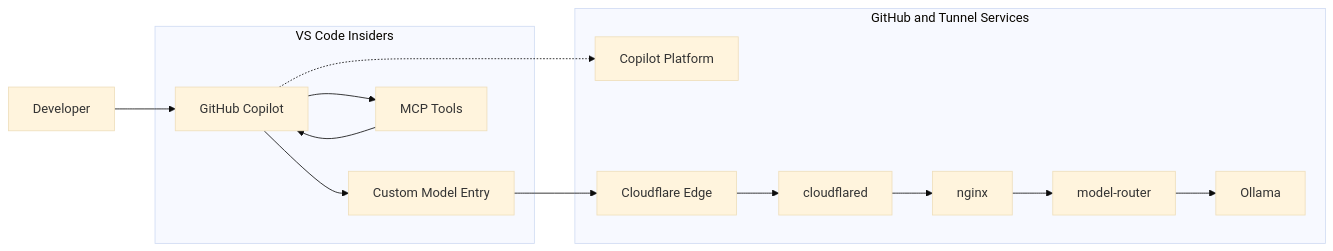
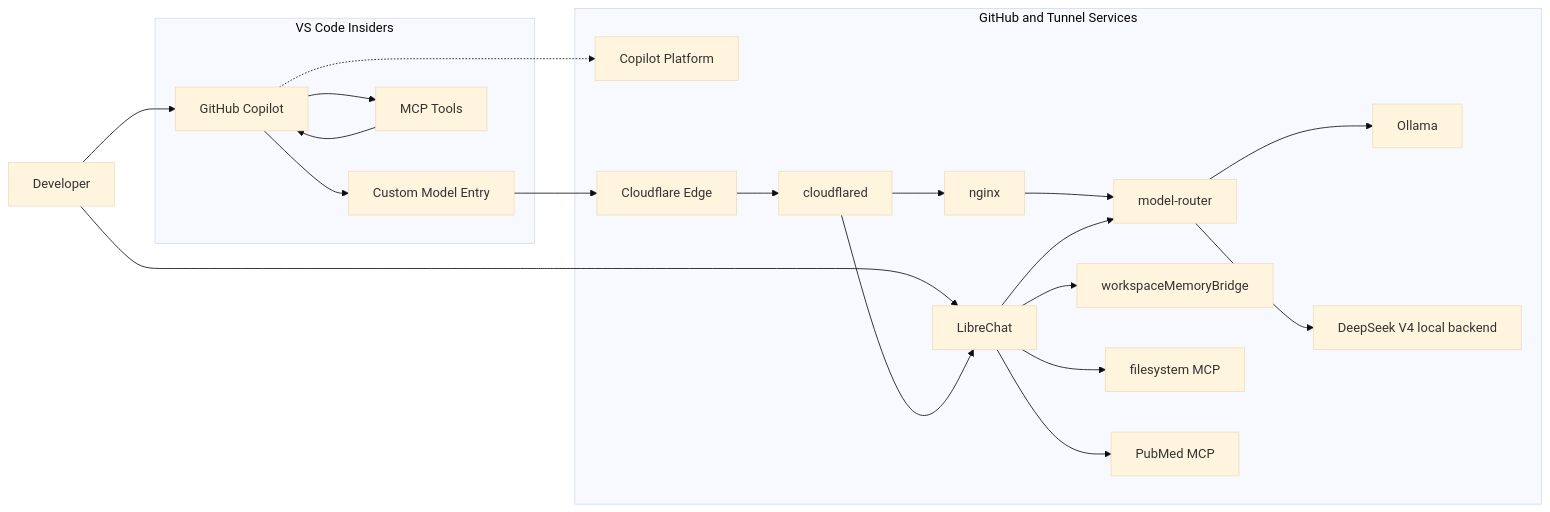
Before and after one commit to burdettadam/ai-tunnel: the diagram in README.md, drawn with Mermaid (base theme). The commit also changed other lines of this file and 33 other files, not shown here.

Commit message:
Add LibreChat, MCP, and DeepSeek V4 support

````diff
--- a/README.md
+++ b/README.md
@@ -31,30 +43,42 @@
 ```mermaid
 flowchart LR
     user[Developer]
 
     subgraph editor[VS Code Insiders]
         copilot[GitHub Copilot]
         customModel[Custom Model Entry]
         mcp[MCP Tools]
     end
 
     subgraph services[GitHub and Tunnel Services]
         platform[Copilot Platform]
         edge[Cloudflare Edge]
         tunnel[cloudflared]
         proxy[nginx]
+        chat[LibreChat]
         router[model-router]
         model[Ollama]
+        ds4[DeepSeek V4 local backend]
+        memory[workspaceMemoryBridge]
+        fs[filesystem MCP]
+        pubmed[PubMed MCP]
     end
 
     user --> copilot
+    user --> chat
     copilot --> customModel
     customModel --> edge
     edge --> tunnel
     tunnel --> proxy
+    tunnel --> chat
     proxy --> router
+    chat --> router
     router --> model
+    router --> ds4
+    chat --> memory
+    chat --> fs
+    chat --> pubmed
     copilot --> mcp
     mcp --> copilot
     copilot -.-> platform
 ```
````
